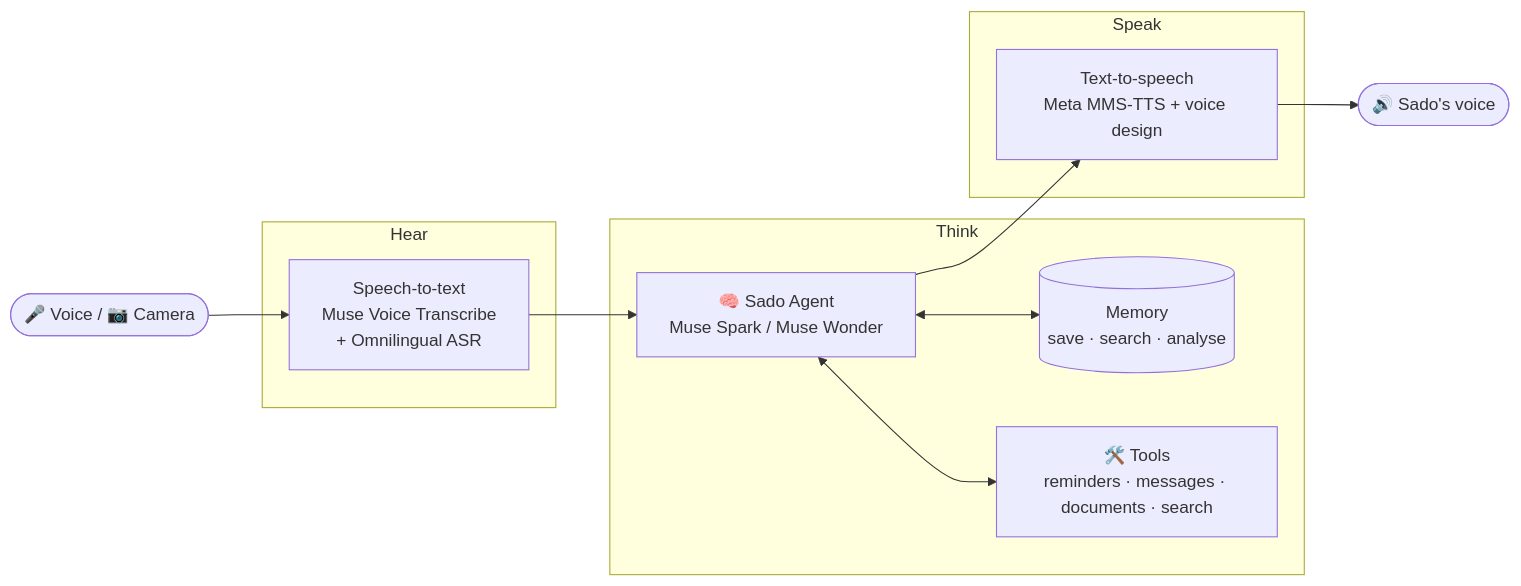
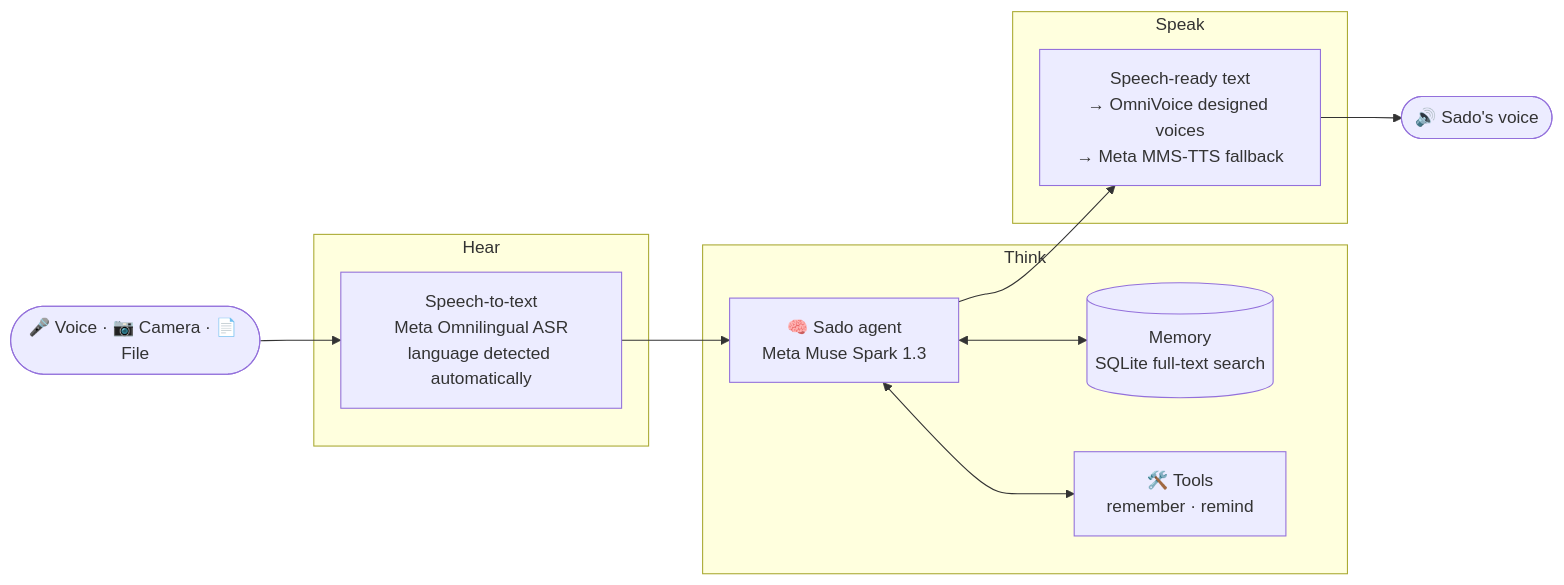
One commit to Bek1308/Sado changed the diagram in README.md. Above: the diagram before and after it, drawn with Mermaid. The commit also changed other lines of this file, not shown here.

First line of the commit message:
docs: make the README match what Sado actually does

````diff
--- a/README.md
+++ b/README.md
@@ -74,18 +74,18 @@
 ```mermaid
 flowchart LR
-    U([🎤 Voice / 📷 Camera]) --> STT
+    U([🎤 Voice · 📷 Camera · 📄 File]) --> STT
     subgraph Hear
-      STT[Speech-to-text<br/>Muse Voice Transcribe<br/>+ Omnilingual ASR]
+      STT[Speech-to-text<br/>Meta Omnilingual ASR<br/>language detected automatically]
     end
     STT --> B
     subgraph Think
-      B[🧠 Sado Agent<br/>Muse Spark / Muse Wonder]
-      B <--> M[(Memory<br/>save · search · analyse)]
-      B <--> T[🛠️ Tools<br/>reminders · messages · documents · search]
+      B[🧠 Sado agent<br/>Meta Muse Spark 1.3]
+      B <--> M[(Memory<br/>SQLite full-text search)]
+      B <--> T[🛠️ Tools<br/>remember · remind]
     end
     B --> TTS
     subgraph Speak
-      TTS[Text-to-speech<br/>Meta MMS-TTS + voice design]
+      TTS[Speech-ready text<br/>→ OmniVoice designed voices<br/>→ Meta MMS-TTS fallback]
     end
     TTS --> O([🔊 Sado's voice])
 ```
````
